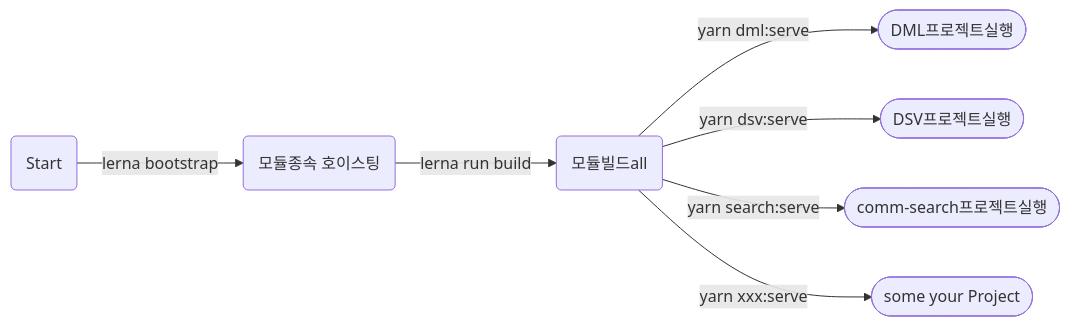
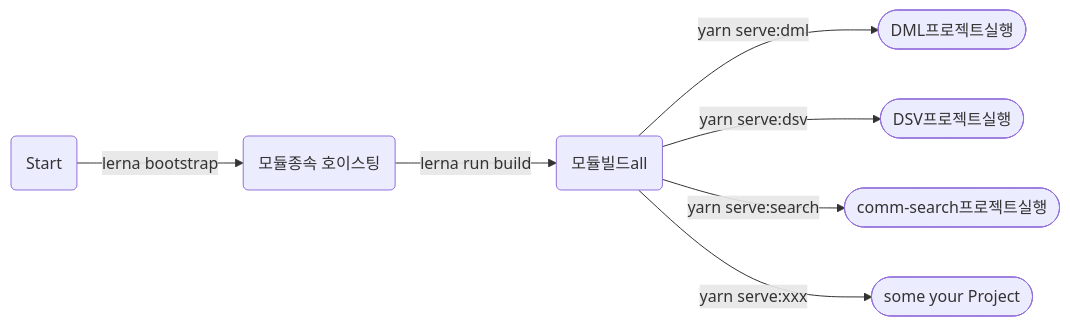
Before and after one commit to Shin-Beomchul/mono: the first of 2 diagrams in README.md, drawn with Mermaid. The commit also changed other lines of this file, not shown here.

````diff
--- a/README.md
+++ b/README.md
@@ -25,8 +25,8 @@
 ```mermaid
 graph LR
 A(Start) --lerna bootstrap --> B(모듈종속 호이스팅) --lerna run build--> C(모듈빌드all)
-C--yarn dml:serve -->D([DML프로젝트실행])
-C--yarn dsv:serve-->E([DSV프로젝트실행])
-C--yarn search:serve -->F([comm-search프로젝트실행])
-C--yarn xxx:serve -->G([some your Project])
+C--yarn serve:dml -->D([DML프로젝트실행])
+C--yarn serve:dsv-->E([DSV프로젝트실행])
+C--yarn serve:search -->F([comm-search프로젝트실행])
+C--yarn serve:xxx -->G([some your Project])
 ```
````
